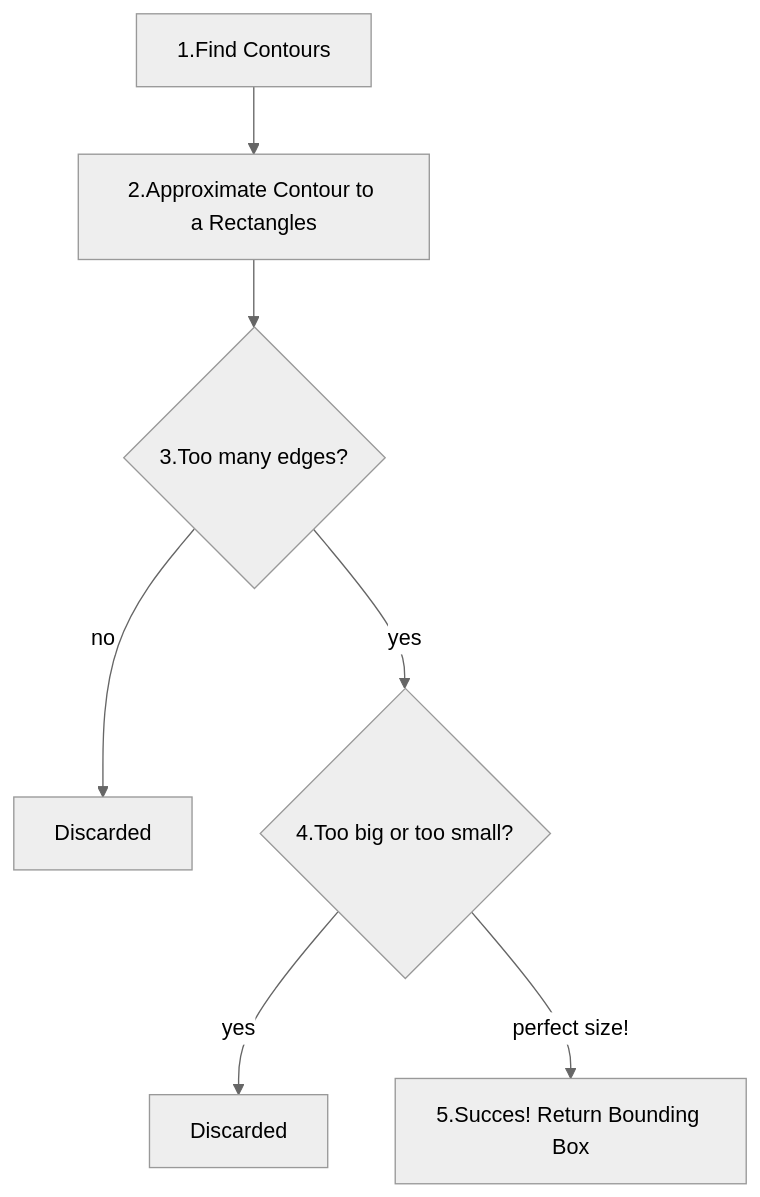
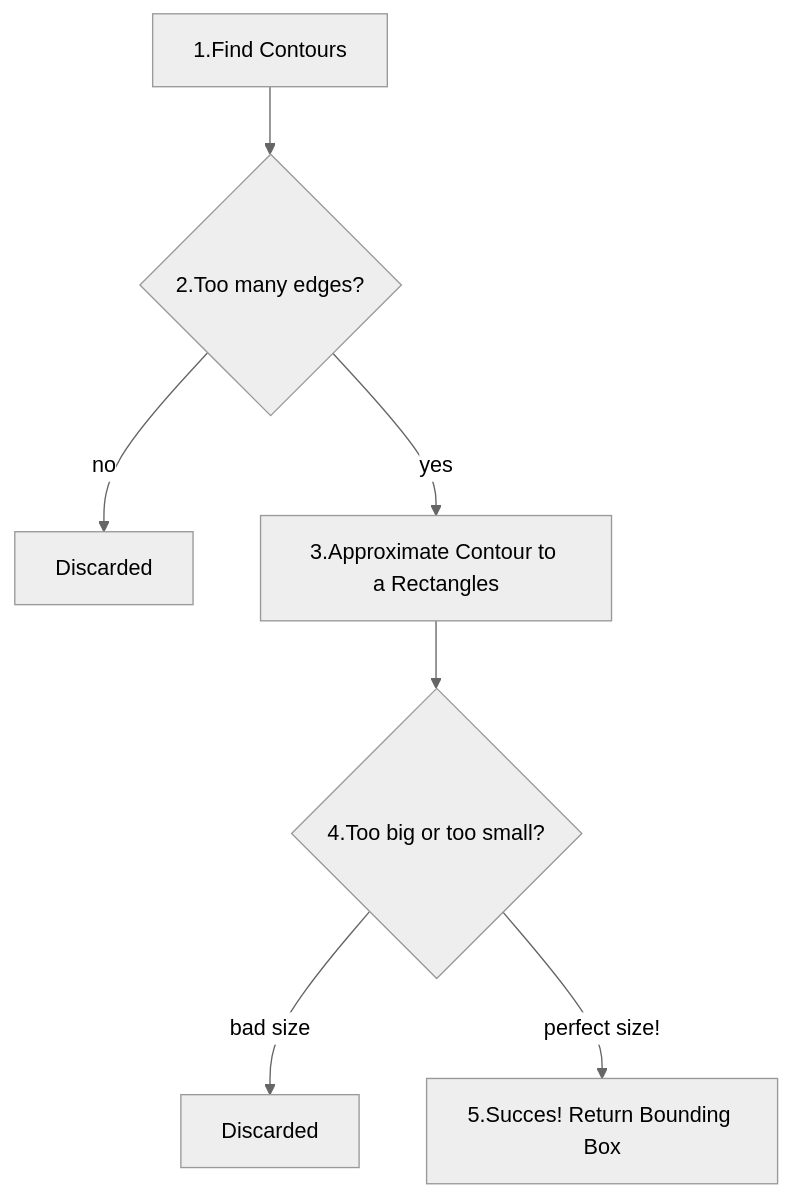
Before and after one commit to MT2321/ImageProcessingFinalProject: the fourth of 4 diagrams in README.md, drawn with Mermaid (neutral theme). The commit also changed other lines of this file and 436 other files, not shown here.

````diff
--- a/README.md
+++ b/README.md
@@ -126,8 +136,9 @@
 ```mermaid
 graph TD
-A[1.Find Contours]-->B[2.Approximate Contour to a Rectangles]-->C{3.Too many edges?}
-C-->|no| D[Discarded]
-C-->|yes| E{4.Too big or too small?}
-E-->|yes| X[Discarded]
-E -->|perfect size!| Y[5.Succes! Return Bounding Box]
+A[1.Find Contours]-->B{2.Too many edges?}
+B-->|no| D[Discarded]
+B-->|yes|T[3.Approximate Contour to a Rectangles]
+-->C{4.Too big or too small?}
+C-->|bad size| X[Discarded]
+C -->|perfect size!| Y[5.Succes! Return Bounding Box]
 ```
````
